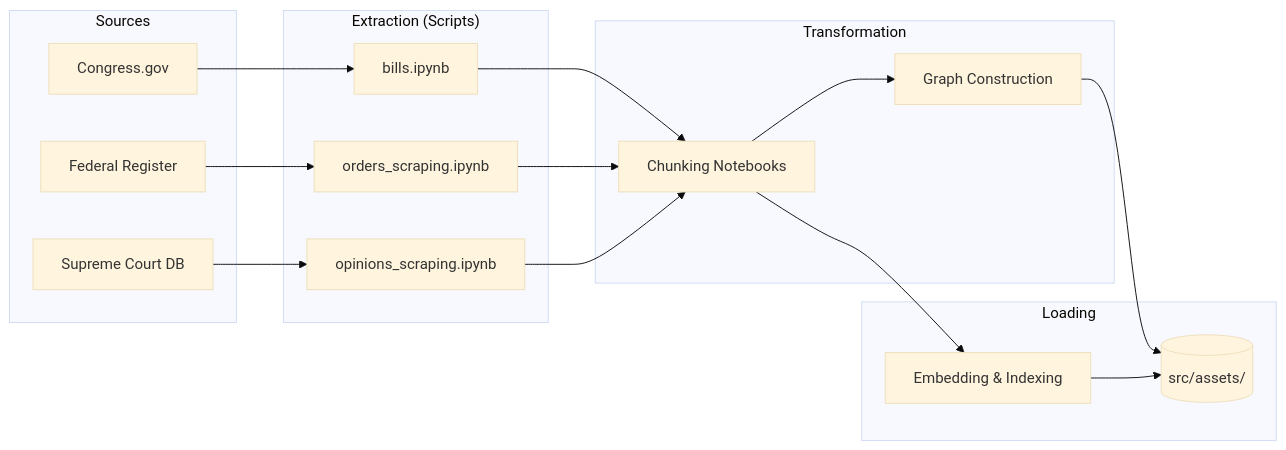
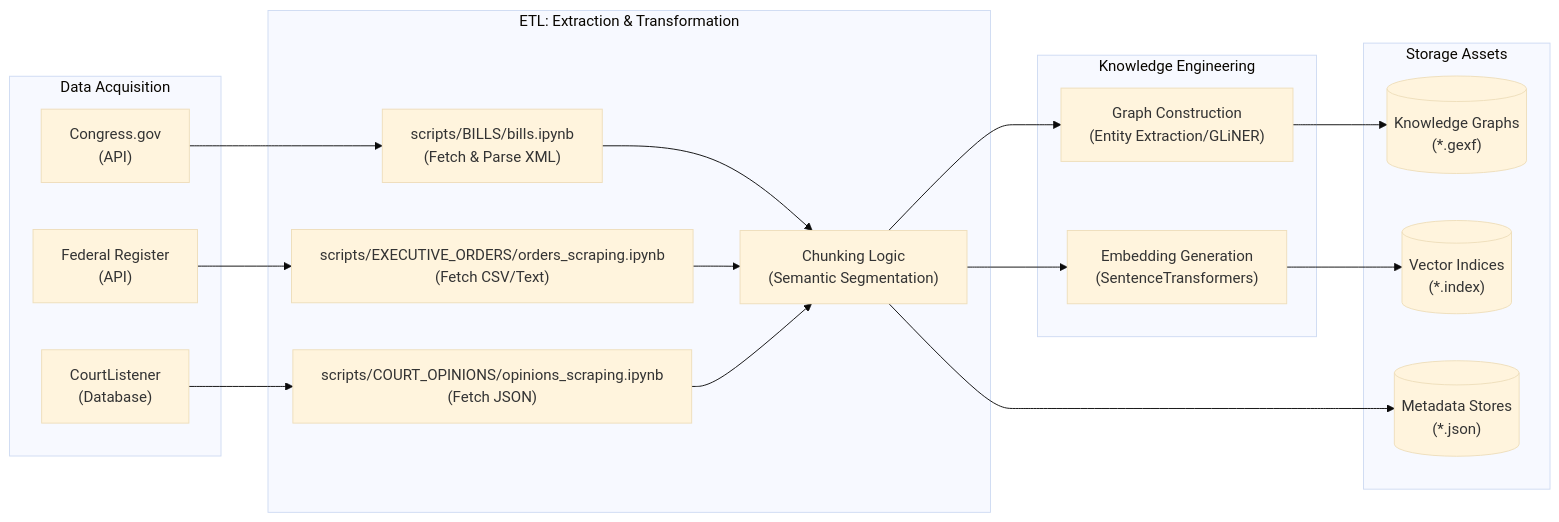
Before and after one commit to CODERTG2/LegalAI: the second of 2 diagrams in README.md, drawn with Mermaid (base theme). The commit also changed other lines of this file, not shown here.

Commit message:
better flow chart

````diff
--- a/README.md
+++ b/README.md
@@ -124,38 +131,42 @@
 ```mermaid
 graph LR
-    subgraph "Sources"
-        Congress[Congress.gov]
-        FedReg[Federal Register]
-        SCOTUS[Supreme Court DB]
+    subgraph "Data Acquisition"
+        Congress["Congress.gov<br/>(API)"]
+        FedReg["Federal Register<br/>(API)"]
+        SCOTUS["CourtListener<br/>(Database)"]
     end
 
-    subgraph "Extraction (Scripts)"
-        Scrape_Bills[bills.ipynb]
-        Scrape_Orders[orders_scraping.ipynb]
-        Scrape_Opinions[opinions_scraping.ipynb]
+    subgraph "ETL: Extraction & Transformation"
+        Script1["scripts/BILLS/bills.ipynb<br/>(Fetch & Parse XML)"]
+        Script2["scripts/EXECUTIVE_ORDERS/orders_scraping.ipynb<br/>(Fetch CSV/Text)"]
+        Script3["scripts/COURT_OPINIONS/opinions_scraping.ipynb<br/>(Fetch JSON)"]
+        
+        Processing["Chunking Logic<br/>(Semantic Segmentation)"]
     end
 
-    subgraph "Transformation"
-        Chunking[Chunking Notebooks]
-        Graph_Build[Graph Construction]
+    subgraph "Knowledge Engineering"
+        GraphBuild["Graph Construction<br/>(Entity Extraction/GLiNER)"]
+        Embed["Embedding Generation<br/>(SentenceTransformers)"]
     end
 
-    subgraph "Loading"
-        Embed[Embedding & Indexing]
-        Assets[(src/assets/)]
+    subgraph "Storage Assets"
+        Index[("Vector Indices<br/>(*.index)")]
+        Raw[("Metadata Stores<br/>(*.json)")]
+        Gexf[("Knowledge Graphs<br/>(*.gexf)")]
     end
 
-    Congress --> Scrape_Bills
-    FedReg --> Scrape_Orders
-    SCOTUS --> Scrape_Opinions
+    Congress --> Script1
+    FedReg --> Script2
+    SCOTUS --> Script3
 
-    Scrape_Bills --> Chunking
-    Scrape_Orders --> Chunking
-    Scrape_Opinions --> Chunking
+    Script1 --> Processing
+    Script2 --> Processing
+    Script3 --> Processing
 
-    Chunking --> Graph_Build
-    Chunking --> Embed
+    Processing --> GraphBuild
+    Processing --> Embed
     
-    Graph_Build --> Assets
-    Embed --> Assets
+    GraphBuild --> Gexf
+    Embed --> Index
+    Processing --> Raw
 ```
````
